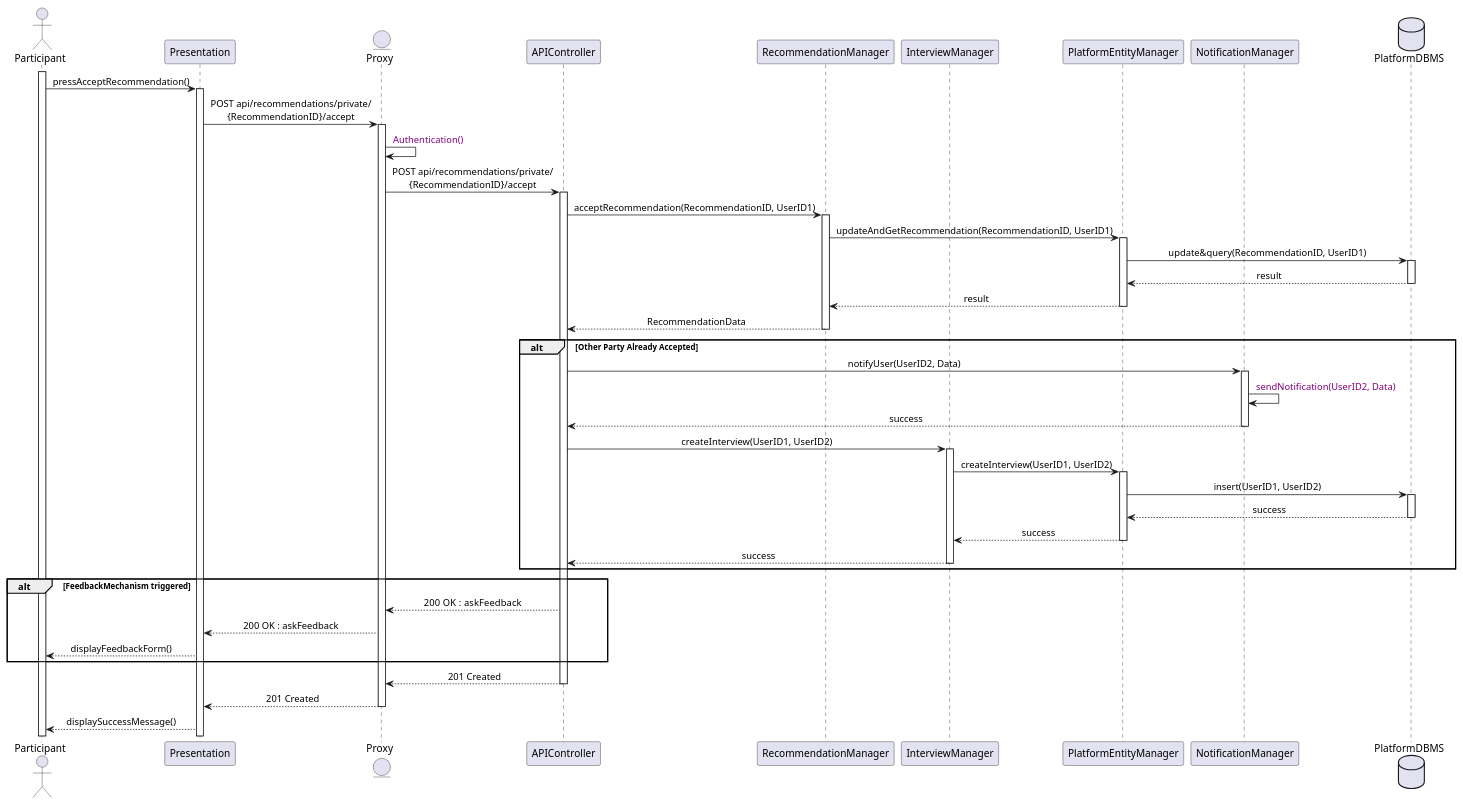
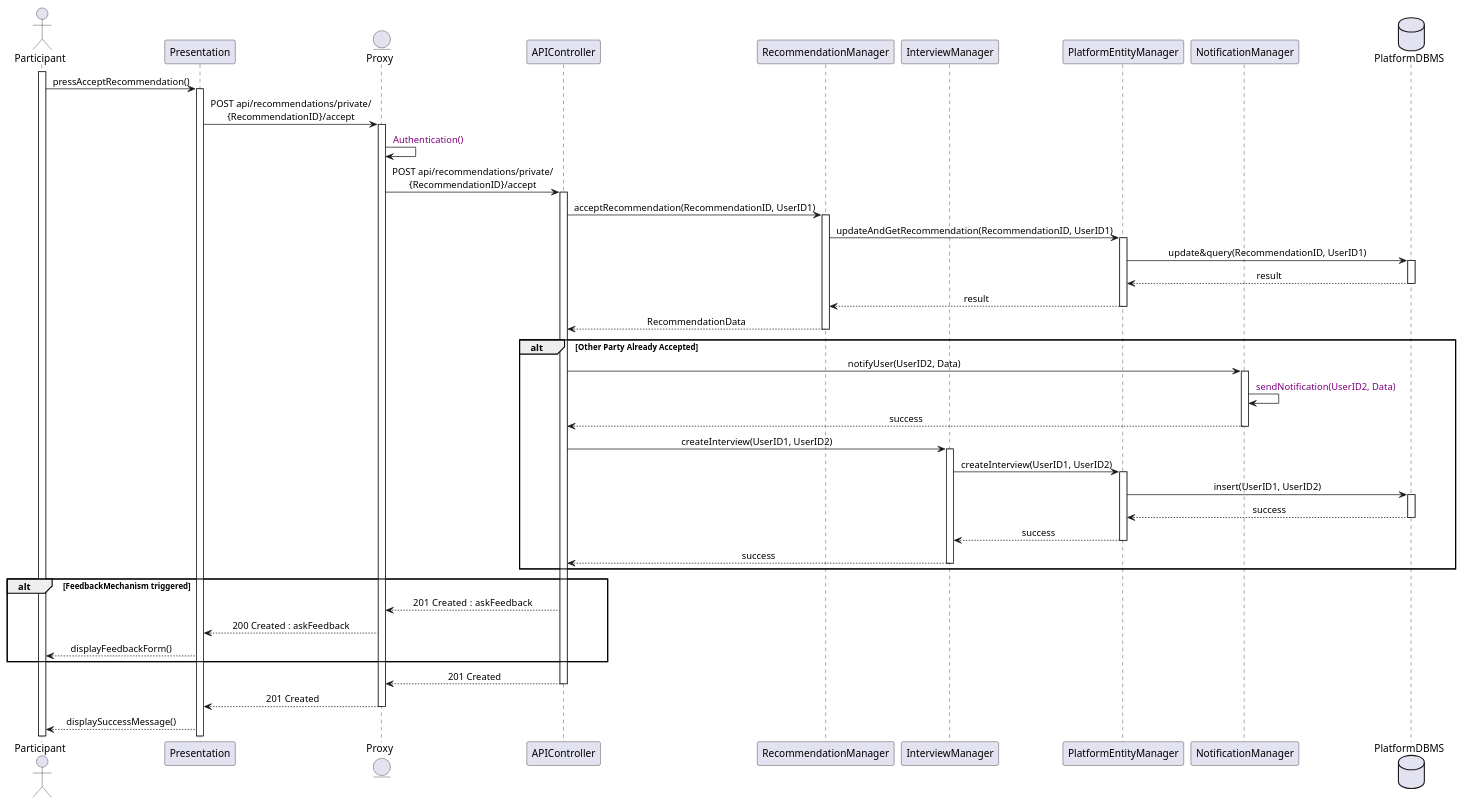
Before and after one commit to Slaitroc/RicciPaoliGrisoni: the diagram in Diagrams/SequenceDiagrams/DD/6.1ParticipantAcceptsMatch.wsd, drawn with PlantUML.

Commit message:
Update sequence diagram for participant match acceptance to reflect correct HTTP status codes

```diff
--- a/Diagrams/SequenceDiagrams/DD/6.1ParticipantAcceptsMatch.wsd
+++ b/Diagrams/SequenceDiagrams/DD/6.1ParticipantAcceptsMatch.wsd
@@ -1,51 +1,51 @@
 @startuml AcceptRecommendation
 skinparam sequenceMessageAlign center
 actor       Participant
 participant  Presentation
 entity      Proxy
 participant APIController
 participant RecommendationManager
 participant InterviewManager
 participant PlatformEntityManager
 participant NotificationManager
 database    PlatformDBMS
 
 activate Participant
 Participant -> Presentation : pressAcceptRecommendation()
 activate Presentation
 Presentation -> Proxy : POST api/recommendations/private/\n{RecommendationID}/accept
 activate Proxy
 Proxy -> Proxy : <color:purple> Authentication()
 
 Proxy -> APIController ++ : POST api/recommendations/private/\n{RecommendationID}/accept
 APIController -> RecommendationManager ++ : acceptRecommendation(RecommendationID, UserID1)
 RecommendationManager -> PlatformEntityManager ++ : updateAndGetRecommendation(RecommendationID, UserID1)
 PlatformEntityManager -> PlatformDBMS ++ : update&query(RecommendationID, UserID1)
 PlatformDBMS --> PlatformEntityManager -- : result
 PlatformEntityManager --> RecommendationManager -- : result
 RecommendationManager --> APIController -- : RecommendationData
 
 alt Other Party Already Accepted
     APIController -> NotificationManager ++ : notifyUser(UserID2, Data)
     NotificationManager -> NotificationManager : <color:purple> sendNotification(UserID2, Data)
     NotificationManager --> APIController -- : success
     APIController -> InterviewManager ++ : createInterview(UserID1, UserID2)
     InterviewManager -> PlatformEntityManager ++ : createInterview(UserID1, UserID2)
     PlatformEntityManager -> PlatformDBMS ++ : insert(UserID1, UserID2)
     PlatformDBMS --> PlatformEntityManager -- : success
     PlatformEntityManager --> InterviewManager -- : success
     InterviewManager --> APIController -- : success
 end
 alt FeedbackMechanism triggered
-    APIController --> Proxy : 200 OK  : askFeedback
-    Proxy --> Presentation : 200 OK : askFeedback
+    APIController --> Proxy : 201 Created  : askFeedback
+    Proxy --> Presentation : 200 Created : askFeedback
     Presentation --> Participant : displayFeedbackForm()
 end
 
 APIController --> Proxy : 201 Created  
 deactivate APIController
 Proxy --> Presentation : 201 Created 
 deactivate Proxy
 Presentation --> Participant : displaySuccessMessage()
 
 @enduml
```
